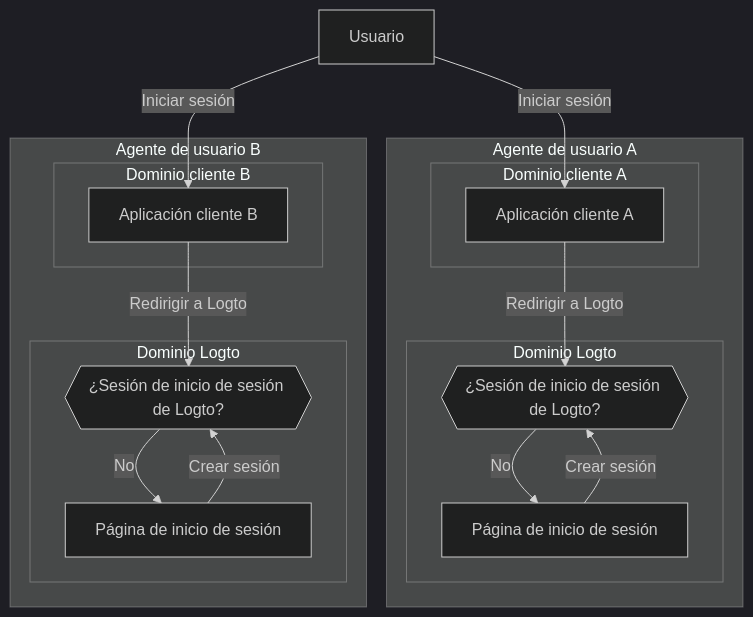
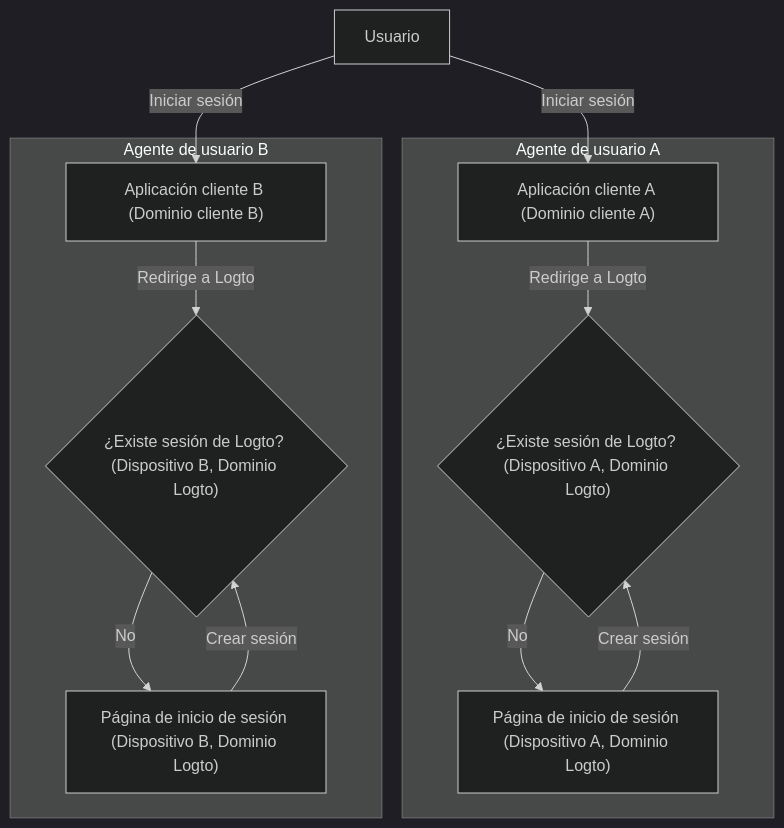
One commit to logto-io/docs changed the fourth of 5 diagrams in i18n/es/docusaurus-plugin-content-docs/current/end-user-flows/sign-out.mdx. Above: the diagram before and after it, drawn with Mermaid (dark theme). The commit also changed other lines of this file and 74 other files, not shown here.

````diff
--- a/i18n/es/docusaurus-plugin-content-docs/current/end-user-flows/sign-out.mdx
+++ b/i18n/es/docusaurus-plugin-content-docs/current/end-user-flows/sign-out.mdx
@@ -89,35 +121,32 @@
-   ```mermaid
-    flowchart TD
-    U[Usuario]
+```mermaid
+flowchart TD
+  U[Usuario]
+  A["Aplicación cliente A (Dominio cliente A)"]
+  C{"¿Existe sesión de Logto? (Dispositivo A, Dominio Logto)"}
+  D["Página de inicio de sesión (Dispositivo A, Dominio Logto)"]
 
-    subgraph DispositivoA [Agente de usuario A]
-      subgraph Capa1 [Dominio cliente A]
-        A[Aplicación cliente A]
-      end
+  subgraph DeviceA["Agente de usuario A"]
+    A
+    C
+    D
+  end
 
-      subgraph Capa2 [Dominio Logto]
-          C{{¿Sesión de inicio de sesión de Logto?}}
-          D[Página de inicio de sesión]
-      end
-    end
+  B["Aplicación cliente B (Dominio cliente B)"]
+  E{"¿Existe sesión de Logto? (Dispositivo B, Dominio Logto)"}
+  F["Página de inicio de sesión (Dispositivo B, Dominio Logto)"]
 
-    subgraph DispositivoB [Agente de usuario B]
-      subgraph Capa3 [Dominio cliente B]
-        B[Aplicación cliente B]
-      end
+  subgraph DeviceB["Agente de usuario B"]
+    B
+    E
+    F
+  end
 
-      subgraph Capa4 [Dominio Logto]
-          E{{¿Sesión de inicio de sesión de Logto?}}
-          F[Página de inicio de sesión]
-      end
-    end
-
-    U --> |Iniciar sesión| A
-    A --> |Redirigir a Logto| C
-    U --> |Iniciar sesión| B
-    B --> |Redirigir a Logto| E
-    C --> |No| D
-    E --> |No| F
-    D --> |Crear sesión| C
-    F --> |Crear sesión| E
-   ```
+  U -->|Iniciar sesión| A
+  A -->|Redirige a Logto| C
+  U -->|Iniciar sesión| B
+  B -->|Redirige a Logto| E
+  C -->|No| D
+  E -->|No| F
+  D -->|Crear sesión| C
+  F -->|Crear sesión| E
+```
````
